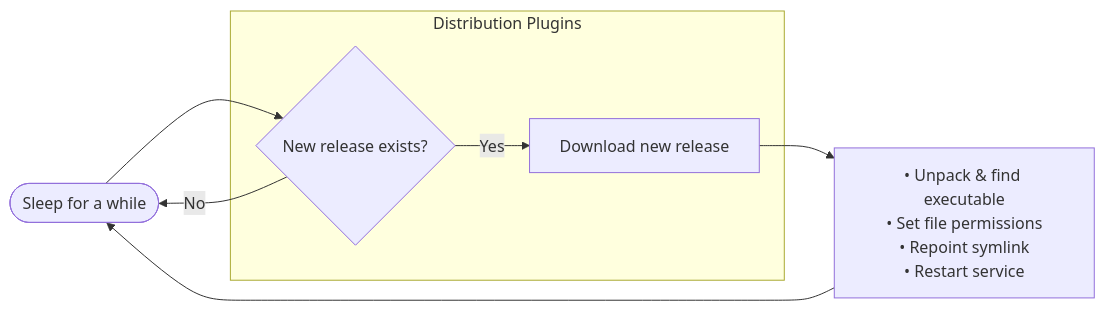
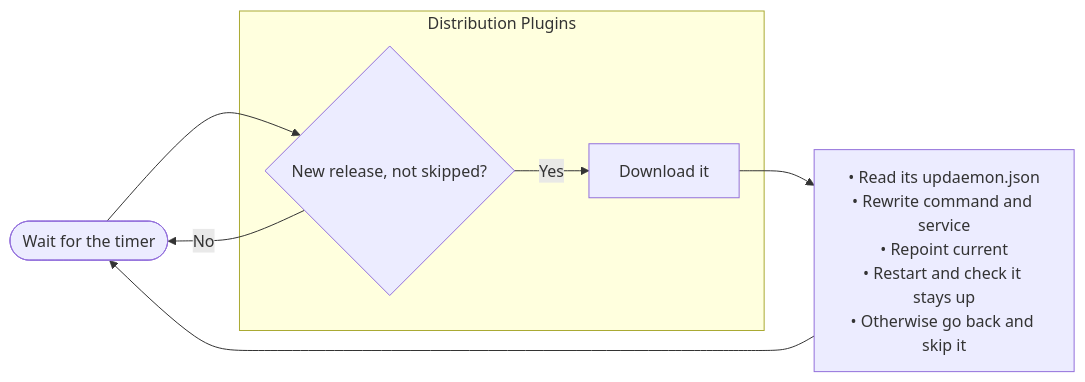
One commit to AdamTovatt/updaemon changed the fifth of 5 diagrams in README.md. Above: the diagram before and after it, drawn with Mermaid. The commit also changed other lines of this file and 36 other files, not shown here.

Commit message:
add rollback, status, logs and the health check with skipped versions

````diff
--- a/README.md
+++ b/README.md
@@ -932,14 +606,14 @@
 ```mermaid
 graph LR
-    A([Sleep for a while])
+    A([Wait for the timer])
     subgraph Distribution Plugins
-        B{New release exists?}
-        C[Download new release]
+        B{New release, not skipped?}
+        C[Download it]
     end
-    D["• Unpack & find executable<br/>• Set file permissions<br/>• Repoint symlink<br/>• Restart service"]
+    D["• Read its updaemon.json<br/>• Rewrite command and service<br/>• Repoint current<br/>• Restart and check it stays up<br/>• Otherwise go back and skip it"]
 
     A --> B
     B -->|Yes| C
     B -->|No| A
     C --> D --> A
 ```
````
